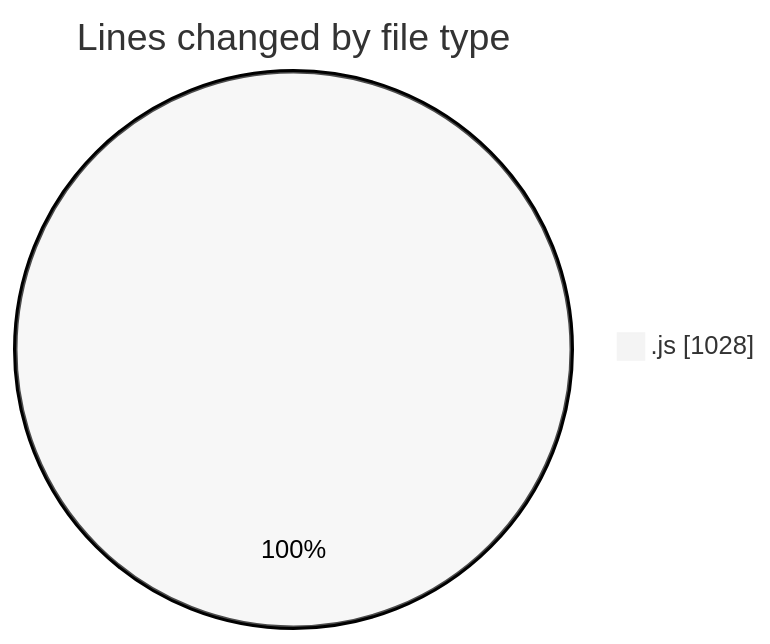
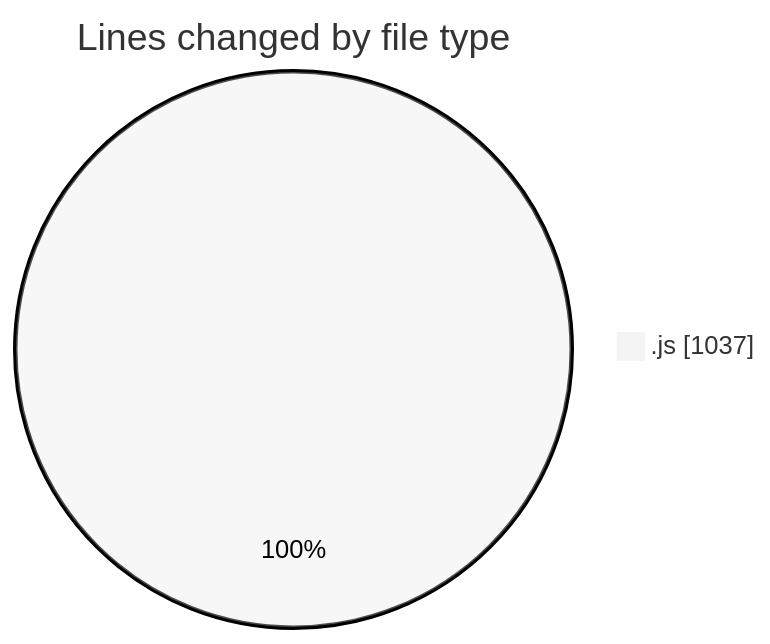
Before and after one commit to nxtqubesakshisongat/code-tracking: the first of 2 diagrams in 2025-11-04/nxtqube_webapp/README.md, drawn with Mermaid (neutral theme). The commit also changed other lines of this file and 1 other file, not shown here.

````diff
--- a/2025-11-04/nxtqube_webapp/README.md
+++ b/2025-11-04/nxtqube_webapp/README.md
@@ -24,5 +24,5 @@
 ```mermaid
 pie showData
 title Lines changed by file type
-".js" : 1028
+".js" : 1037
 ```
````
